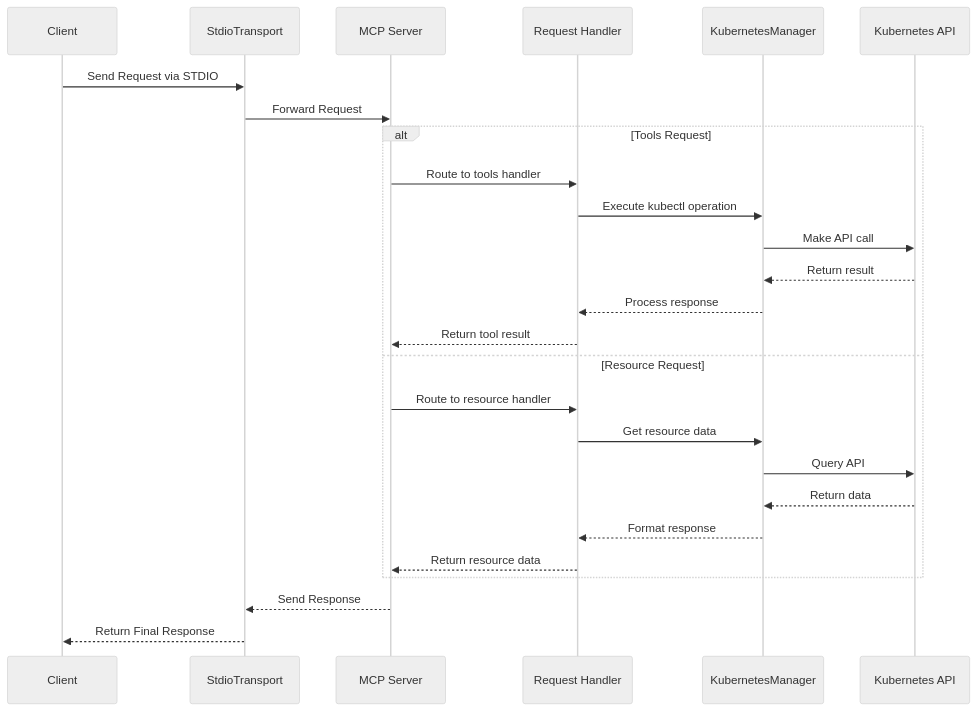
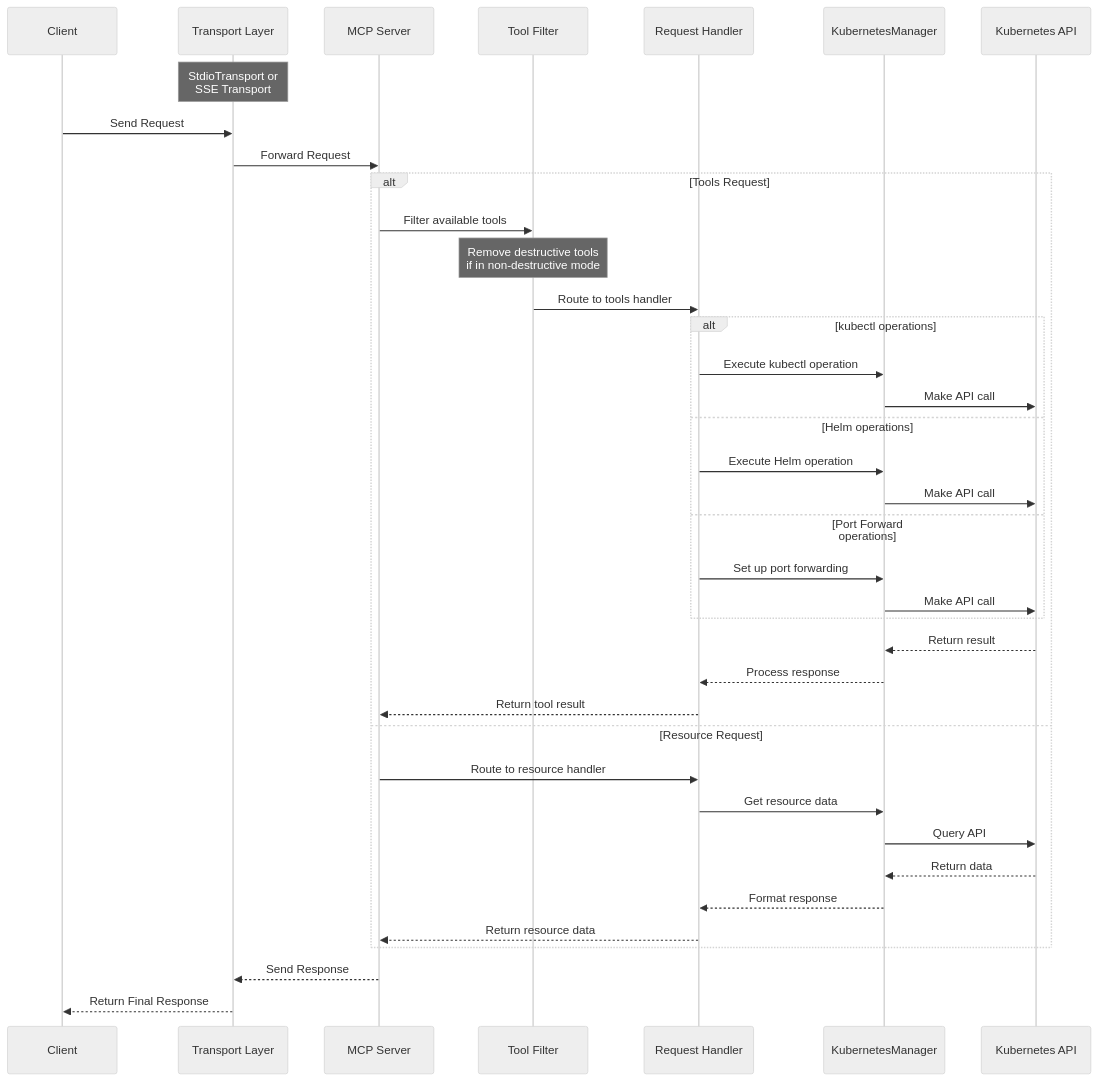
The diagram in README.md (vignesh69420/mcp-server-kubernetes), drawn with Mermaid (neutral theme) before and after one commit. The commit also changed other lines of this file, not shown here.

Commit message:
Enhance README.md with detailed documentation on non-destructive mode commands, including available and disabled operations, and update architecture diagram for clarity.

````diff
--- a/README.md
+++ b/README.md
@@ -190,31 +209,46 @@
 ```mermaid
 sequenceDiagram
     participant Client
-    participant Transport as StdioTransport
+    participant Transport as Transport Layer
     participant Server as MCP Server
+    participant Filter as Tool Filter
     participant Handler as Request Handler
     participant K8sManager as KubernetesManager
     participant K8s as Kubernetes API
 
-    Client->>Transport: Send Request via STDIO
+    Note over Transport: StdioTransport or<br>SSE Transport
+
+    Client->>Transport: Send Request
     Transport->>Server: Forward Request
 
     alt Tools Request
-        Server->>Handler: Route to tools handler
-        Handler->>K8sManager: Execute kubectl operation
-        K8sManager->>K8s: Make API call
+        Server->>Filter: Filter available tools
+        Note over Filter: Remove destructive tools<br>if in non-destructive mode
+        Filter->>Handler: Route to tools handler
+
+        alt kubectl operations
+            Handler->>K8sManager: Execute kubectl operation
+            K8sManager->>K8s: Make API call
+        else Helm operations
+            Handler->>K8sManager: Execute Helm operation
+            K8sManager->>K8s: Make API call
+        else Port Forward operations
+            Handler->>K8sManager: Set up port forwarding
+            K8sManager->>K8s: Make API call
+        end
+
         K8s-->>K8sManager: Return result
         K8sManager-->>Handler: Process response
         Handler-->>Server: Return tool result
     else Resource Request
         Server->>Handler: Route to resource handler
         Handler->>K8sManager: Get resource data
         K8sManager->>K8s: Query API
         K8s-->>K8sManager: Return data
         K8sManager-->>Handler: Format response
         Handler-->>Server: Return resource data
     end
 
     Server-->>Transport: Send Response
     Transport-->>Client: Return Final Response
 ```
````
